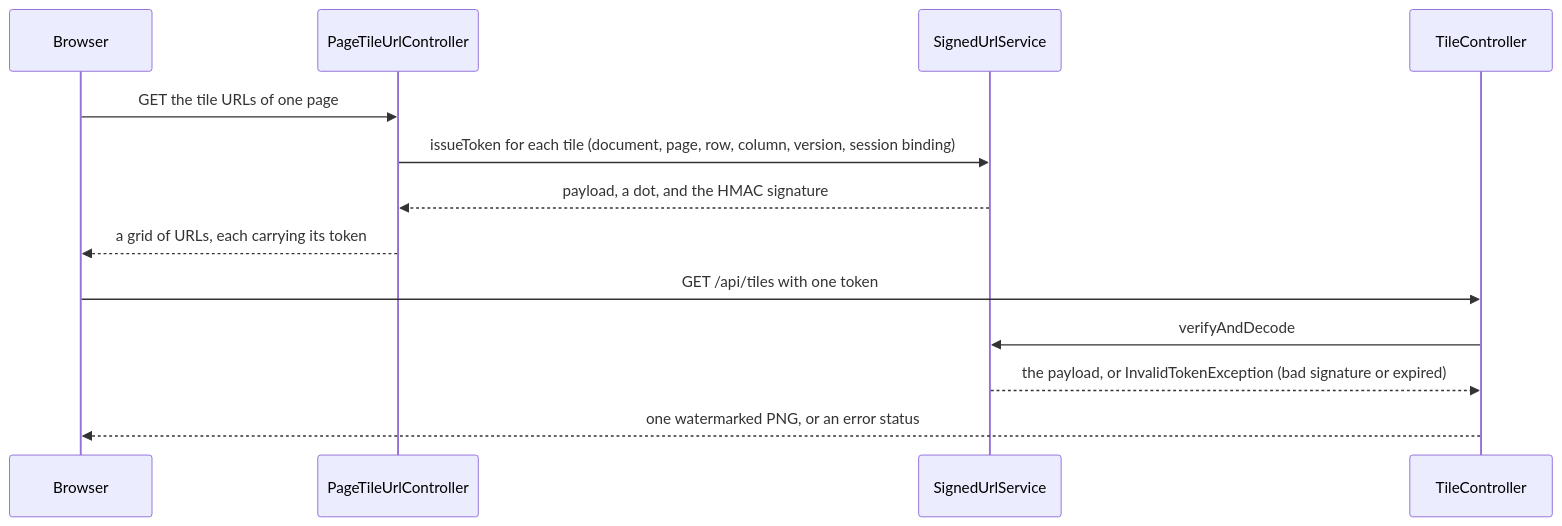
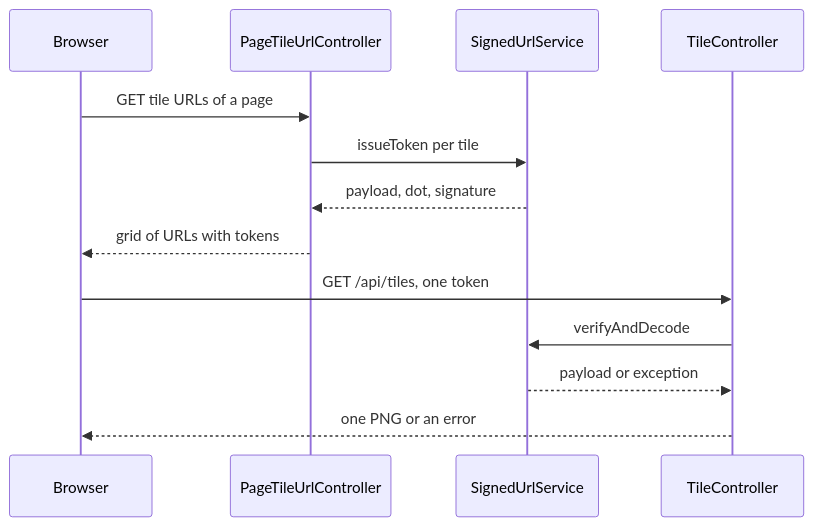
Before and after one commit to Sriram-Codes-SW/secure-doc-viewer: the second of 3 diagrams in book/part-2-backend/17-files-images-pdfs-signatures.md, drawn with Mermaid. The commit also changed 31 other files, not shown here.

Commit message:
Book: interior layout design, diagram restructuring for print size, mermaid config, measure helper

````diff
--- a/book/part-2-backend/17-files-images-pdfs-signatures.md
+++ b/book/part-2-backend/17-files-images-pdfs-signatures.md
@@ -328,15 +328,15 @@
 ```mermaid
 sequenceDiagram
     participant B as Browser
     participant P as PageTileUrlController
     participant U as SignedUrlService
     participant T as TileController
-    B->>P: GET the tile URLs of one page
-    P->>U: issueToken for each tile (document, page, row, column, version, session binding)
-    U-->>P: payload, a dot, and the HMAC signature
-    P-->>B: a grid of URLs, each carrying its token
-    B->>T: GET /api/tiles with one token
+    B->>P: GET tile URLs of a page
+    P->>U: issueToken per tile
+    U-->>P: payload, dot, signature
+    P-->>B: grid of URLs with tokens
+    B->>T: GET /api/tiles, one token
     T->>U: verifyAndDecode
-    U-->>T: the payload, or InvalidTokenException (bad signature or expired)
-    T-->>B: one watermarked PNG, or an error status
+    U-->>T: payload or exception
+    T-->>B: one PNG or an error
 ```
````
